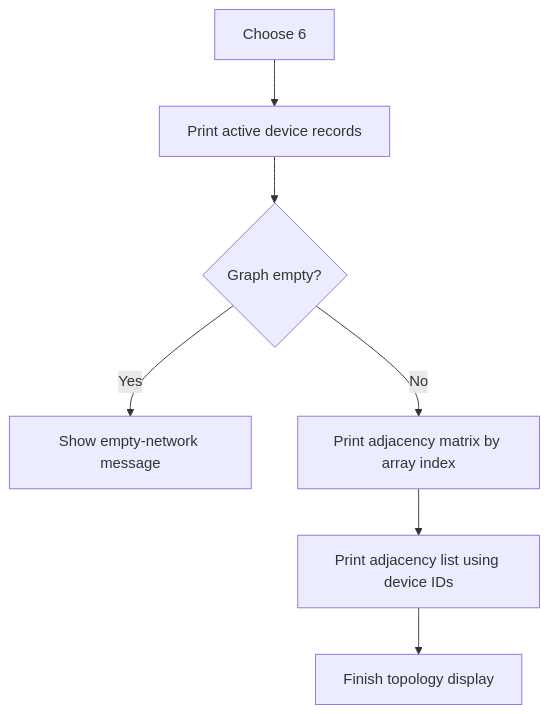
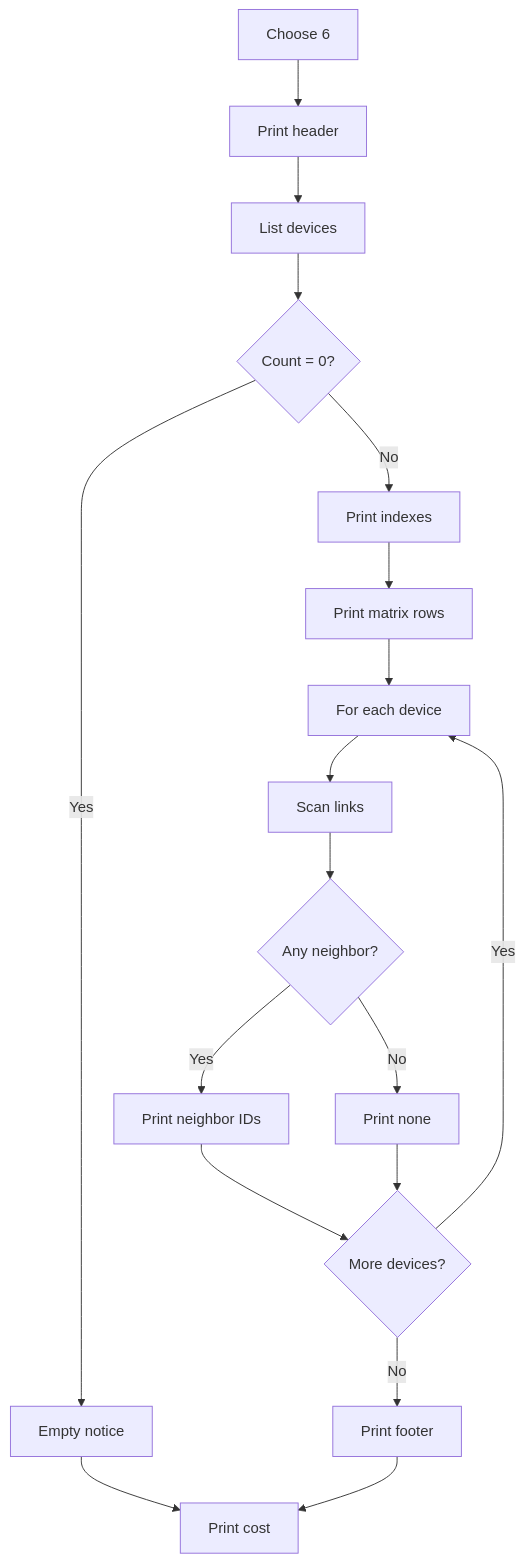
Before and after one commit to Kanechiii/nodex: the seventh of 11 diagrams in docs/WORKFLOWS.md, drawn with Mermaid. The commit also changed other lines of this file and 5 other files, not shown here.

````diff
--- a/docs/WORKFLOWS.md
+++ b/docs/WORKFLOWS.md
@@ -152,9 +176,20 @@
 ```mermaid
 flowchart TD
-    A["Choose 6"] --> B["Print active device records"]
-    B --> C{"Graph empty?"}
-    C -->|"Yes"| D["Show empty-network message"]
-    C -->|"No"| E["Print adjacency matrix by array index"]
-    E --> F["Print adjacency list using device IDs"]
-    F --> G["Finish topology display"]
+    A["Choose 6"] --> B["Print header"]
+    B --> C["List devices"]
+    C --> D{"Count = 0?"}
+    D -->|"Yes"| X["Empty notice"]
+    D -->|"No"| E["Print indexes"]
+    E --> F["Print matrix rows"]
+    F --> G["For each device"]
+    G --> H["Scan links"]
+    H --> I{"Any neighbor?"}
+    I -->|"Yes"| J["Print neighbor IDs"]
+    I -->|"No"| K["Print none"]
+    J --> L{"More devices?"}
+    K --> L
+    L -->|"Yes"| G
+    L -->|"No"| M["Print footer"]
+    X --> Z["Print cost"]
+    M --> Z
 ```
````
